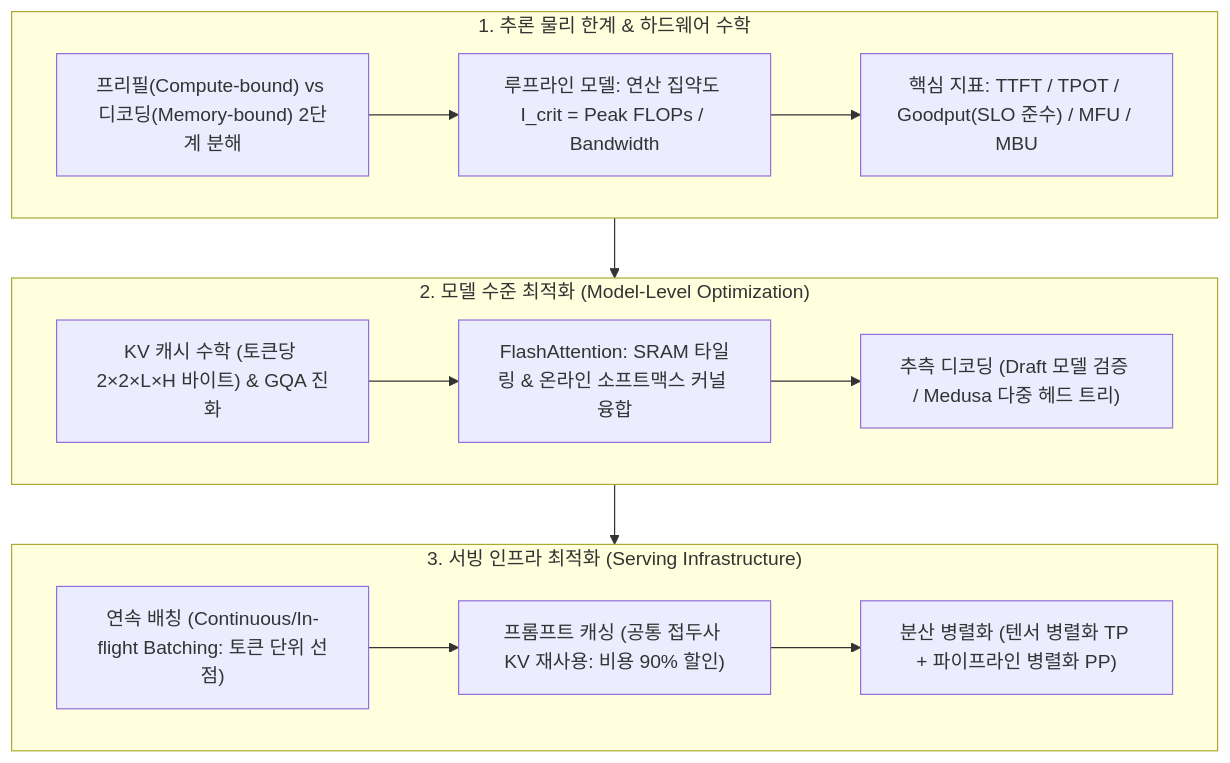
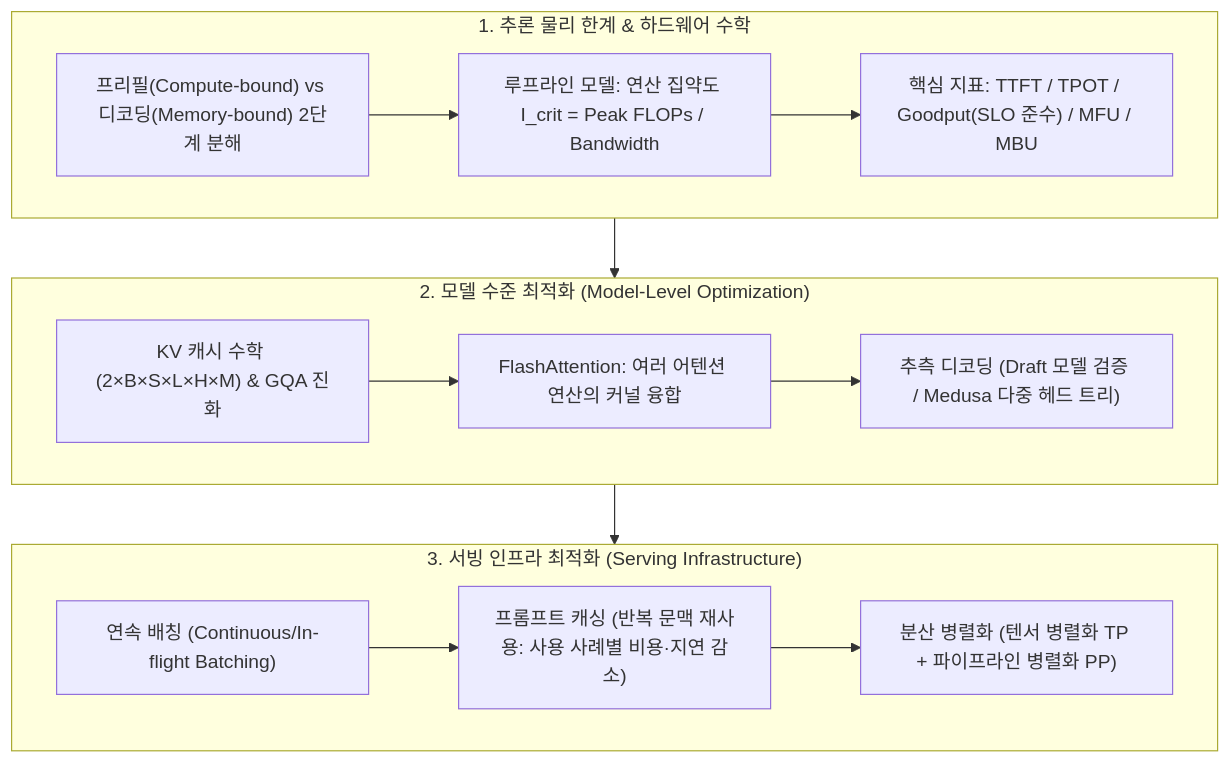
One commit to sing-u8/AI-Engineering changed the diagram in chapter-qa/ch09-inference-optimization-qa/00-ch09-overview.md. Above: the diagram before and after it, drawn with Mermaid. The commit also changed other lines of this file and 3 other files, not shown here.

````diff
--- a/chapter-qa/ch09-inference-optimization-qa/00-ch09-overview.md
+++ b/chapter-qa/ch09-inference-optimization-qa/00-ch09-overview.md
@@ -31,25 +31,25 @@
 ```mermaid
 flowchart TD
     subgraph PartA["1. 추론 물리 한계 & 하드웨어 수학"]
         Phases["프리필(Compute-bound) vs 디코딩(Memory-bound) 2단계 분해"]
         Roofline["루프라인 모델: 연산 집약도 I_crit = Peak FLOPs / Bandwidth"]
         Metrics["핵심 지표: TTFT / TPOT / Goodput(SLO 준수) / MFU / MBU"]
         Phases --> Roofline --> Metrics
     end
 
     subgraph PartB["2. 모델 수준 최적화 (Model-Level Optimization)"]
-        KVCache["KV 캐시 수학 (토큰당 2×2×L×H 바이트) & GQA 진화"]
-        Flash["FlashAttention: SRAM 타일링 & 온라인 소프트맥스 커널 융합"]
+        KVCache["KV 캐시 수학 (2×B×S×L×H×M) & GQA 진화"]
+        Flash["FlashAttention: 여러 어텐션 연산의 커널 융합"]
         Spec["추측 디코딩 (Draft 모델 검증 / Medusa 다중 헤드 트리)"]
         KVCache --> Flash --> Spec
     end
 
     subgraph PartC["3. 서빙 인프라 최적화 (Serving Infrastructure)"]
-        Batch["연속 배칭 (Continuous/In-flight Batching: 토큰 단위 선점)"]
-        PCache["프롬프트 캐싱 (공통 접두사 KV 재사용: 비용 90% 할인)"]
+        Batch["연속 배칭 (Continuous/In-flight Batching)"]
+        PCache["프롬프트 캐싱 (반복 문맥 재사용: 사용 사례별 비용·지연 감소)"]
         Dist["분산 병렬화 (텐서 병렬화 TP + 파이프라인 병렬화 PP)"]
         Batch --> PCache --> Dist
     end
 
     PartA --> PartB --> PartC
 ```
````
